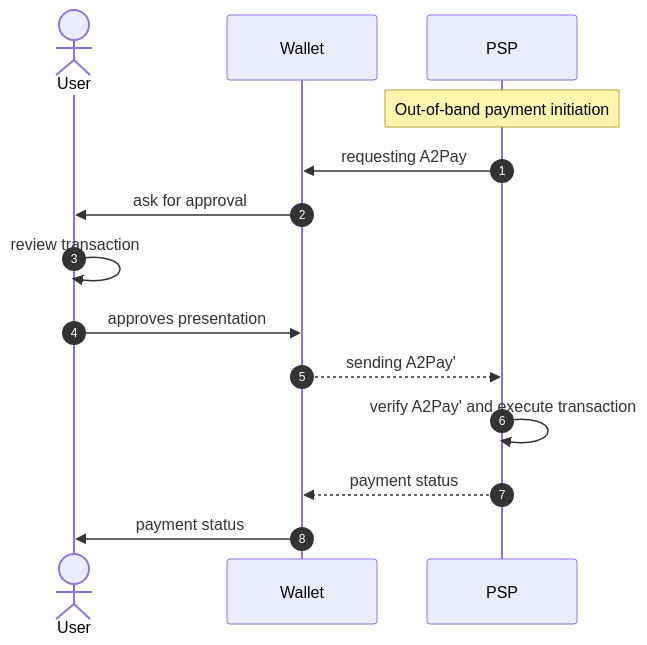
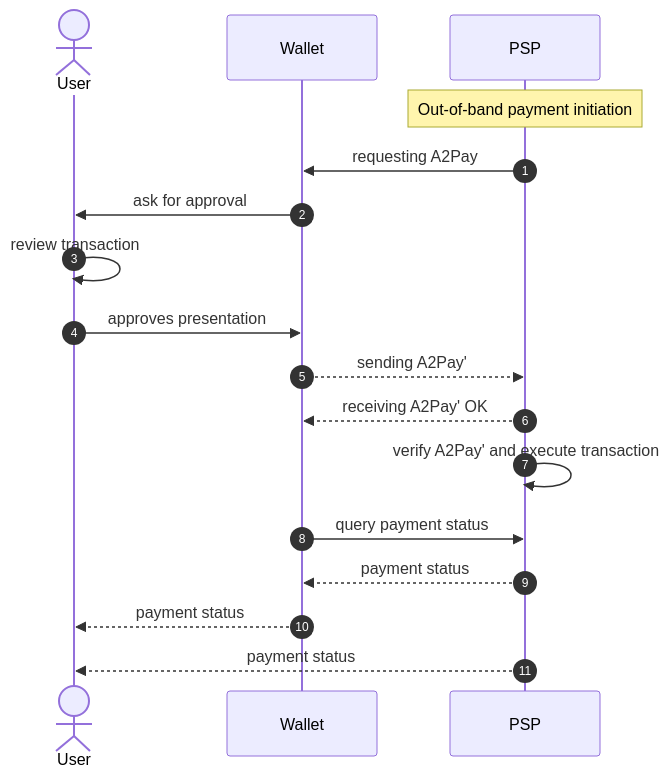
Before and after one commit to nobid-consortium/payment-reference-documentation: the first of 2 diagrams in payment-reference-doc.md, drawn with Mermaid. The commit also changed other lines of this file and 2 other files, not shown here.

Commit message:
added payment status endpoint

````diff
--- a/payment-reference-doc.md
+++ b/payment-reference-doc.md
@@ -183,18 +205,21 @@
 ```mermaid
 
 sequenceDiagram
     autonumber
     actor user as User
     participant wallet as Wallet
     participant psp as PSP
 
     Note over psp: Out-of-band payment initiation
     psp ->> wallet: requesting A2Pay
     wallet ->> user: ask for approval
     user ->> user: review transaction
     user ->> wallet: approves presentation
     wallet -->> psp: sending A2Pay'
+    psp -->> wallet: receiving A2Pay' OK
     psp ->> psp: verify A2Pay' and execute transaction
-    psp -->> wallet: payment status
-    wallet ->> user: payment status
+    wallet ->> psp: query payment status
+    psp -->> wallet: payment status 
+    wallet -->> user: payment status
+    psp -->> user: payment status
 ```
````
